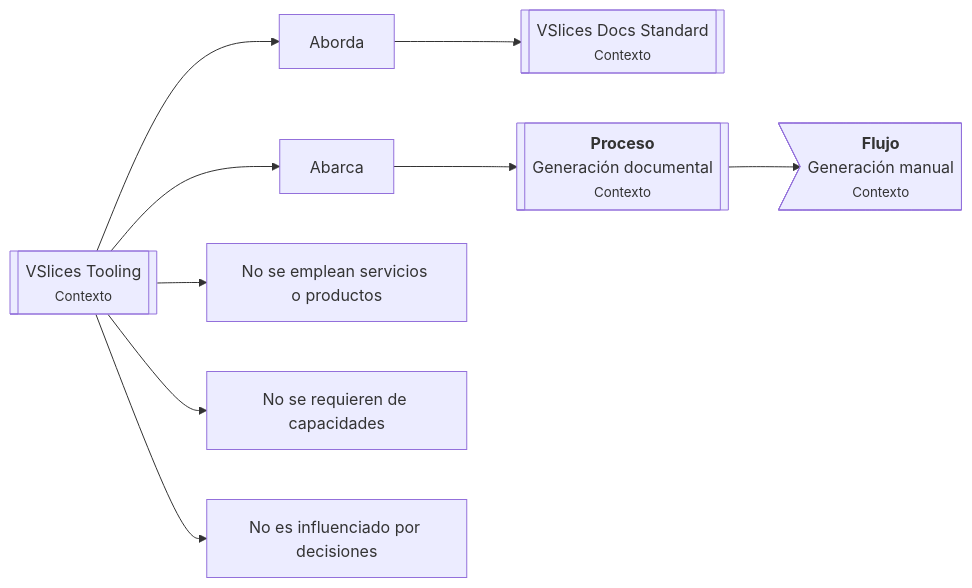
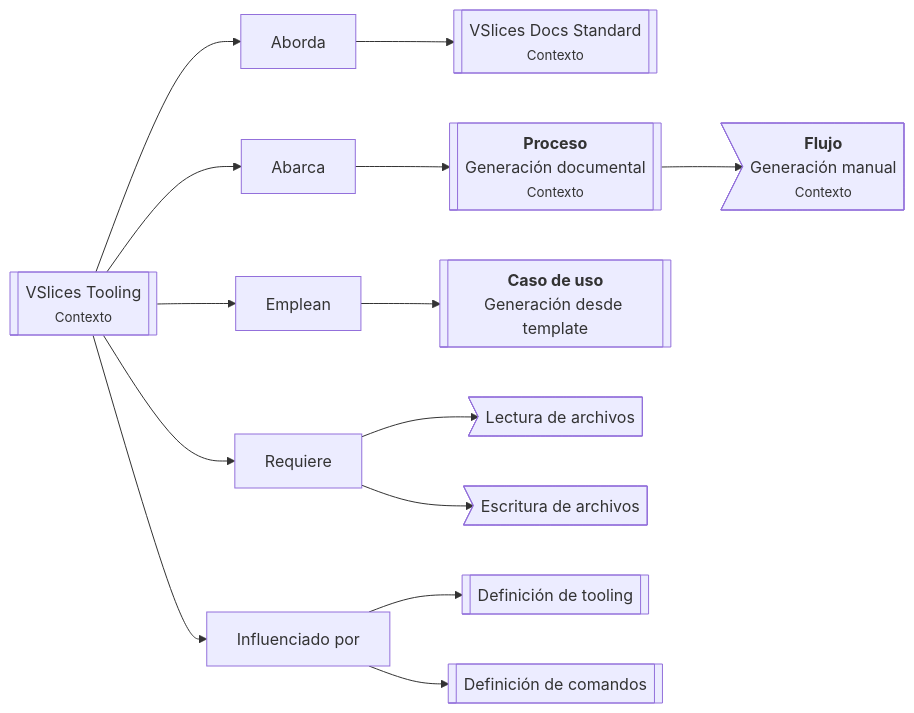
Before and after one commit to vslices/tooling: the first of 3 diagrams in docs/iteration 1/continuity.iteration.md, drawn with Mermaid. The commit also changed other lines of this file and 10 other files, not shown here.

````diff
--- a/docs/iteration 1/continuity.iteration.md
+++ b/docs/iteration 1/continuity.iteration.md
@@ -42,22 +42,30 @@
 ```mermaid
 flowchart LR
     A[[VSlices Tooling<br/><small>Contexto</small>]]
 
     A --> AB[Aborda] --> E1[[VSlices Docs Standard<br/><small>Contexto</small>]]
 
     A --> INC[Abarca]
     INC --> P1[[<b>Proceso</b><br/>Generación documental<br/><small>Contexto</small>]]
     P1 --> F1><b>Flujo</b><br/>Generación manual<br/><small>Contexto</small>]
 
-    A --> EM[No se emplean servicios o productos]
+    A --> EM[Emplean]
+    EM --> U1[[<b>Caso de uso</b><br/>Generación desde template]]
     
-    A --> CAP[No se requieren de capacidades]
+    A --> CAP[Requiere]
+    CAP --> C1>Lectura de archivos]
+    CAP --> C2>Escritura de archivos]
 
-    A --> INF[No es influenciado por decisiones]
+    A --> INF[Influenciado por]
+    INF --> D1[[Definición de tooling]]
+    INF --> D2[[Definición de comandos]]
 
     click A "Ir a Contexto de VSlices Tooling" "../context.vslices-tooling.md"
     click E1 "Ir a introducción de VSlices Docs Standard" "https://"
     click P1 "Ir a la Contexto del Proceso de Generación Documental" "understanding/process.context.document-generation.md"
+    click D1 "Ir a definición de VSlices Tooling" "../decisions/0001.vslices-tooling-definition.md"
+    click D2 "Ir a definición de comandos de VSlices Tooling" "../decisions/0002.vslices-commands-definition.md"
+    click U1 "Ir a definición de Caso de uso de Generación desde template" "planning/flow.use-case.template-generation.md"
 
 
 ```
````
